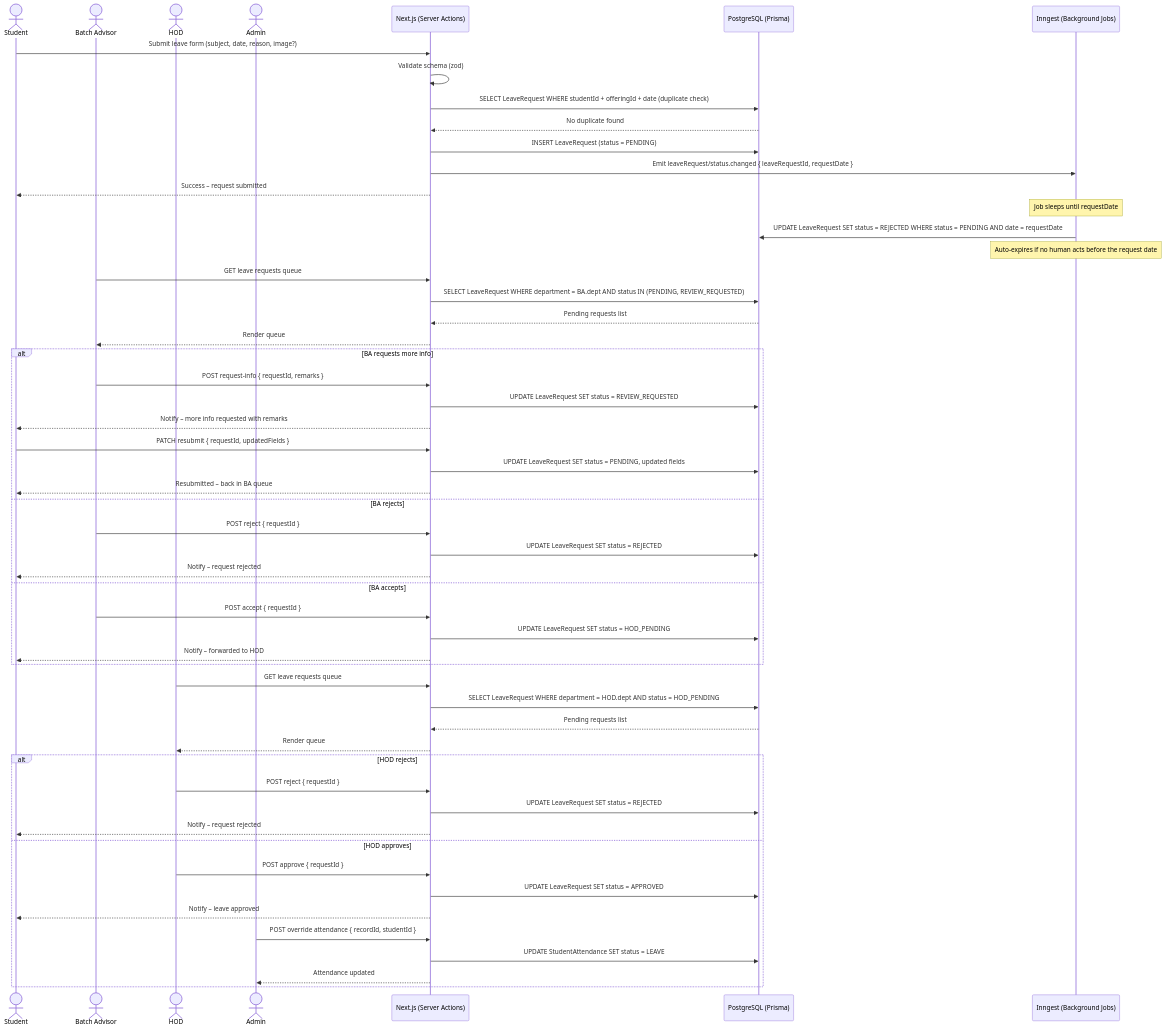
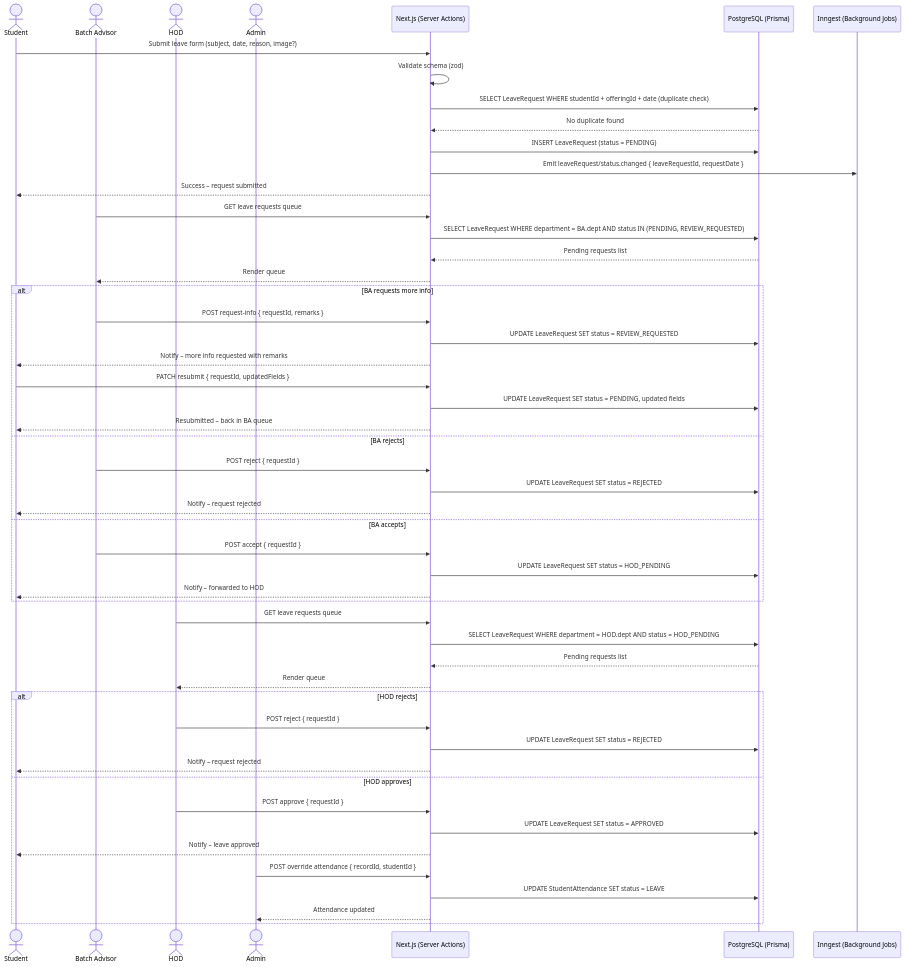
One commit to Ali1raz/portal-cui changed the first of 5 diagrams in docs/05-sequence-diagrams.md. Above: the diagram before and after it, drawn with Mermaid.

Commit message:
(docs): update lr flow

````diff
--- a/docs/05-sequence-diagrams.md
+++ b/docs/05-sequence-diagrams.md
@@ -9,62 +9,58 @@
 ```mermaid
 sequenceDiagram
     actor Student
     actor BA as Batch Advisor
     actor HOD
     actor Admin
     participant Portal as Next.js (Server Actions)
     participant DB as PostgreSQL (Prisma)
     participant Inngest as Inngest (Background Jobs)
 
     Student->>Portal: Submit leave form (subject, date, reason, image?)
     Portal->>Portal: Validate schema (zod)
     Portal->>DB: SELECT LeaveRequest WHERE studentId + offeringId + date (duplicate check)
     DB-->>Portal: No duplicate found
     Portal->>DB: INSERT LeaveRequest (status = PENDING)
     Portal->>Inngest: Emit leaveRequest/status.changed { leaveRequestId, requestDate }
     Portal-->>Student: Success – request submitted
-
-    Note over Inngest: Job sleeps until requestDate
-    Inngest->>DB: UPDATE LeaveRequest SET status = REJECTED WHERE status = PENDING AND date = requestDate
-    Note over Inngest: Auto-expires if no human acts before the request date
 
     BA->>Portal: GET leave requests queue
     Portal->>DB: SELECT LeaveRequest WHERE department = BA.dept AND status IN (PENDING, REVIEW_REQUESTED)
     DB-->>Portal: Pending requests list
     Portal-->>BA: Render queue
 
     alt BA requests more info
         BA->>Portal: POST request-info { requestId, remarks }
         Portal->>DB: UPDATE LeaveRequest SET status = REVIEW_REQUESTED
         Portal-->>Student: Notify – more info requested with remarks
         Student->>Portal: PATCH resubmit { requestId, updatedFields }
         Portal->>DB: UPDATE LeaveRequest SET status = PENDING, updated fields
         Portal-->>Student: Resubmitted – back in BA queue
     else BA rejects
         BA->>Portal: POST reject { requestId }
         Portal->>DB: UPDATE LeaveRequest SET status = REJECTED
         Portal-->>Student: Notify – request rejected
     else BA accepts
         BA->>Portal: POST accept { requestId }
         Portal->>DB: UPDATE LeaveRequest SET status = HOD_PENDING
         Portal-->>Student: Notify – forwarded to HOD
     end
 
     HOD->>Portal: GET leave requests queue
     Portal->>DB: SELECT LeaveRequest WHERE department = HOD.dept AND status = HOD_PENDING
     DB-->>Portal: Pending requests list
     Portal-->>HOD: Render queue
 
     alt HOD rejects
         HOD->>Portal: POST reject { requestId }
         Portal->>DB: UPDATE LeaveRequest SET status = REJECTED
         Portal-->>Student: Notify – request rejected
     else HOD approves
         HOD->>Portal: POST approve { requestId }
         Portal->>DB: UPDATE LeaveRequest SET status = APPROVED
         Portal-->>Student: Notify – leave approved
         Admin->>Portal: POST override attendance { recordId, studentId }
         Portal->>DB: UPDATE StudentAttendance SET status = LEAVE
         Portal-->>Admin: Attendance updated
     end
 ```
````
